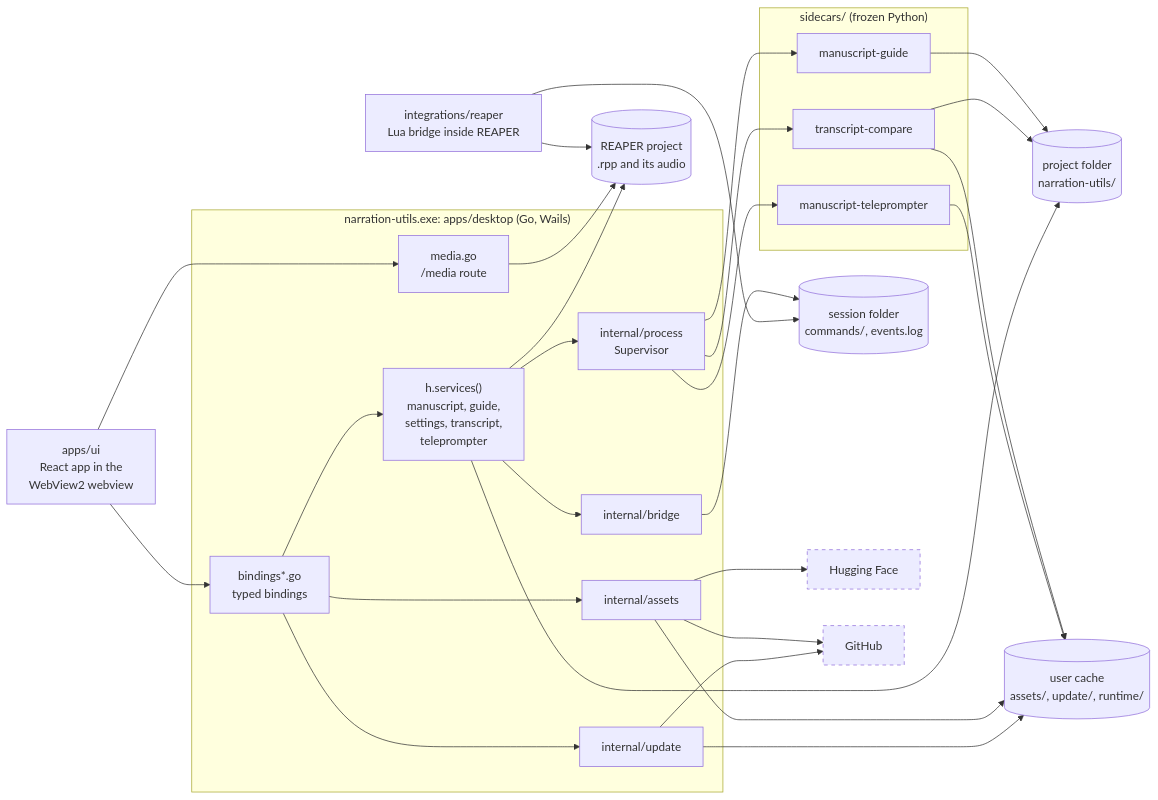
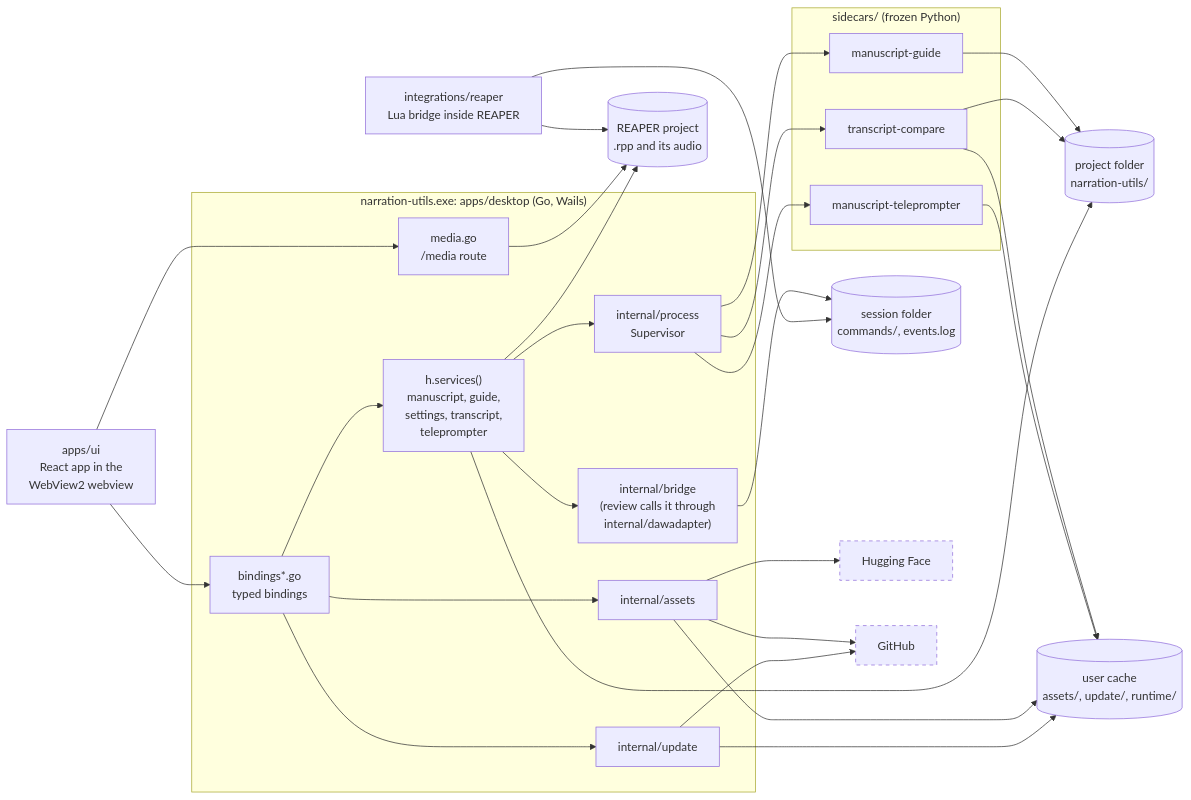
Before and after one commit to countrymanprime/narration-utils: the diagram in docs/architecture/codebase-map.md, drawn with Mermaid. The commit also changed 10 other files, not shown here.

First line of the commit message:
refactor: extract a DAWAdapter boundary for the review workflow (audacity-integration p3)

````diff
--- a/docs/architecture/codebase-map.md
+++ b/docs/architecture/codebase-map.md
@@ -73,52 +73,52 @@
 ```mermaid
 flowchart LR
   ui["apps/ui<br/>React app in the<br/>WebView2 webview"]
   subgraph host["narration-utils.exe: apps/desktop (Go, Wails)"]
     bindings["bindings*.go<br/>typed bindings"]
     services["h.services()<br/>manuscript, guide,<br/>settings, transcript,<br/>teleprompter"]
     assets["internal/assets"]
     update["internal/update"]
     supervisor["internal/process<br/>Supervisor"]
-    bridgeclient["internal/bridge"]
+    bridgeclient["internal/bridge<br/>(review calls it through<br/>internal/dawadapter)"]
     media["media.go<br/>/media route"]
   end
   subgraph sidecars["sidecars/ (frozen Python)"]
     guide["manuscript-guide"]
     compare["transcript-compare"]
     teleprompter["manuscript-teleprompter"]
   end
   lua["integrations/reaper<br/>Lua bridge inside REAPER"]
   rpp[("REAPER project<br/>.rpp and its audio")]
   project[("project folder<br/>narration-utils/")]
   cache[("user cache<br/>assets/, update/, runtime/")]
   session[("session folder<br/>commands/, events.log")]
   huggingface["Hugging Face"]
   github["GitHub"]
   ui --> bindings
   ui --> media
   bindings --> services
   bindings --> assets
   bindings --> update
   services --> supervisor
   services --> bridgeclient
   supervisor --> guide
   supervisor --> compare
   supervisor --> teleprompter
   guide --> project
   compare --> project
   compare --> cache
   teleprompter --> cache
   bridgeclient --> session
   lua --> session
   media --> rpp
   lua --> rpp
   services --> rpp
   assets --> cache
   assets --> huggingface
   assets --> github
   update --> github
   update --> cache
   services --> project
   classDef offmachine stroke-dasharray: 5 5
   class huggingface,github offmachine
 ```
````
